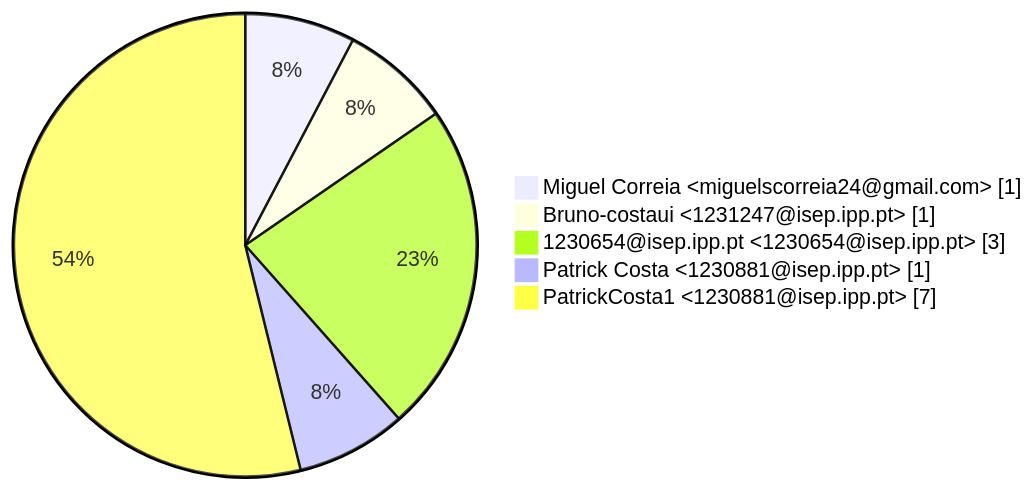
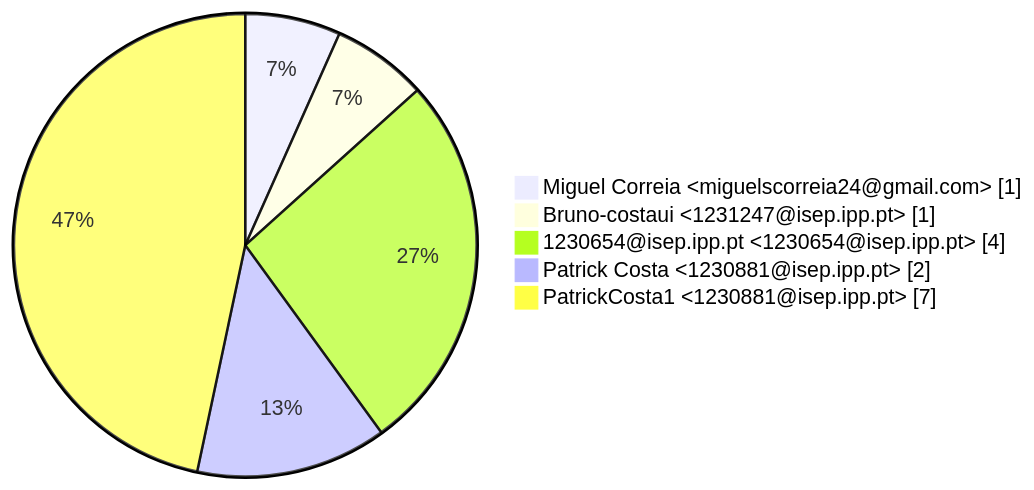
One commit to PatrickCosta1/LSIS1_Grupo_7_GitHub changed the first of 3 diagrams in GitAnalysis/Sprint_1/Contributions.md. Above: the diagram before and after it, drawn with Mermaid. The commit also changed other lines of this file and 27 other files, not shown here.

````diff
--- a/GitAnalysis/Sprint_1/Contributions.md
+++ b/GitAnalysis/Sprint_1/Contributions.md
@@ -11,8 +11,8 @@
 ```mermaid
 pie showData
     " Miguel Correia <miguelscorreia24@gmail.com>" : 1
     " Bruno-costaui <1231247@isep.ipp.pt>" : 1
-    " 1230654@isep.ipp.pt <1230654@isep.ipp.pt>" : 3
-    " Patrick Costa <1230881@isep.ipp.pt>" : 1
+    " 1230654@isep.ipp.pt <1230654@isep.ipp.pt>" : 4
+    " Patrick Costa <1230881@isep.ipp.pt>" : 2
     " PatrickCosta1 <1230881@isep.ipp.pt>" : 7
 ```
````
